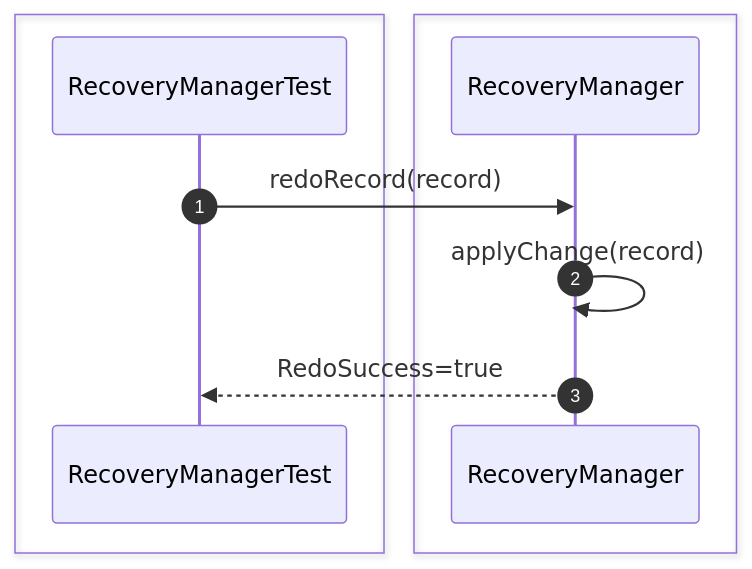
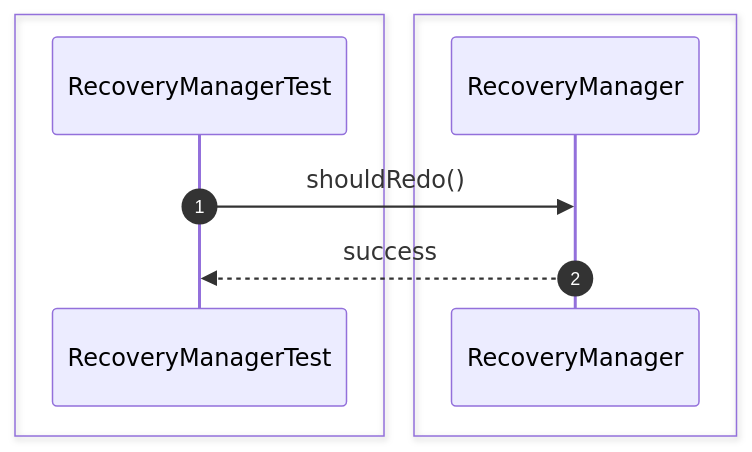
One commit to Huy1801214/dbms-architecture changed diagram 12 of 28 in src/sequence/recovery.md. Above: the diagram before and after it, drawn with Mermaid. The commit also changed other lines of this file and 68 other files, not shown here.

Commit message:
implement comprehensive unit test suite and architectural sequence documentation

````diff
--- a/src/sequence/recovery.md
+++ b/src/sequence/recovery.md
@@ -204,15 +173,13 @@
 ```mermaid
 sequenceDiagram
     autonumber
-
     box #e1f5fe Test Suite
     participant Test as RecoveryManagerTest
     end
-    box #ffebee Recovery Components
-    participant Recovery as RecoveryManager
+    box #ffebee RecoveryManager Component
+    participant RM as RecoveryManager
     end
 
-    Test->>Recovery: redoRecord(record)
-    Recovery->>Recovery: applyChange(record)
-    Recovery-->>Test: RedoSuccess=true
+    Test->>RM: shouldRedo()
+    RM-->>Test: success
 ```
````
